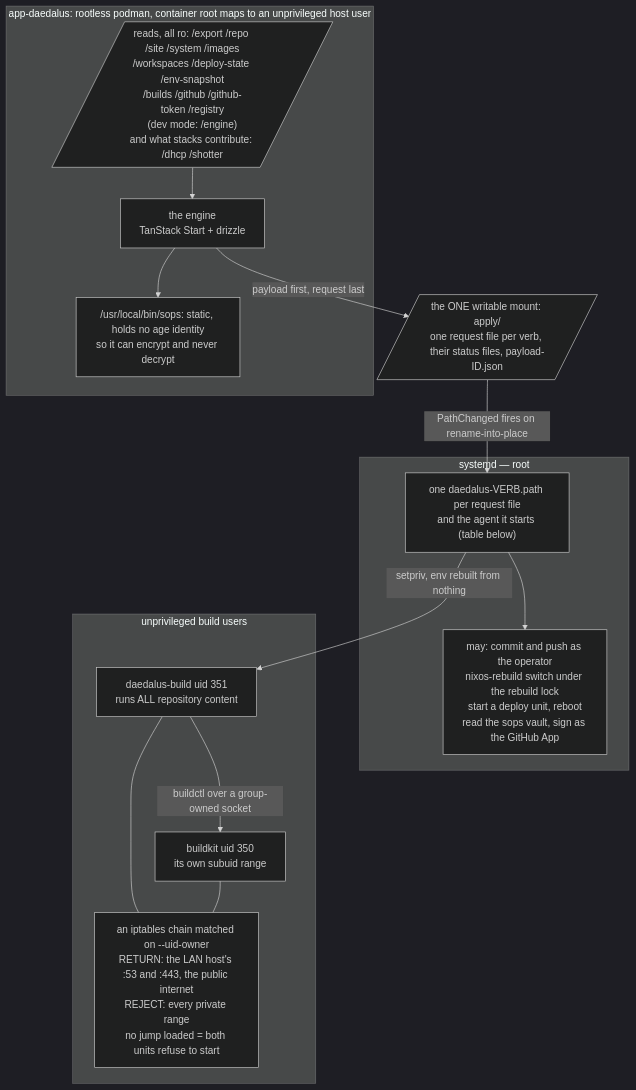
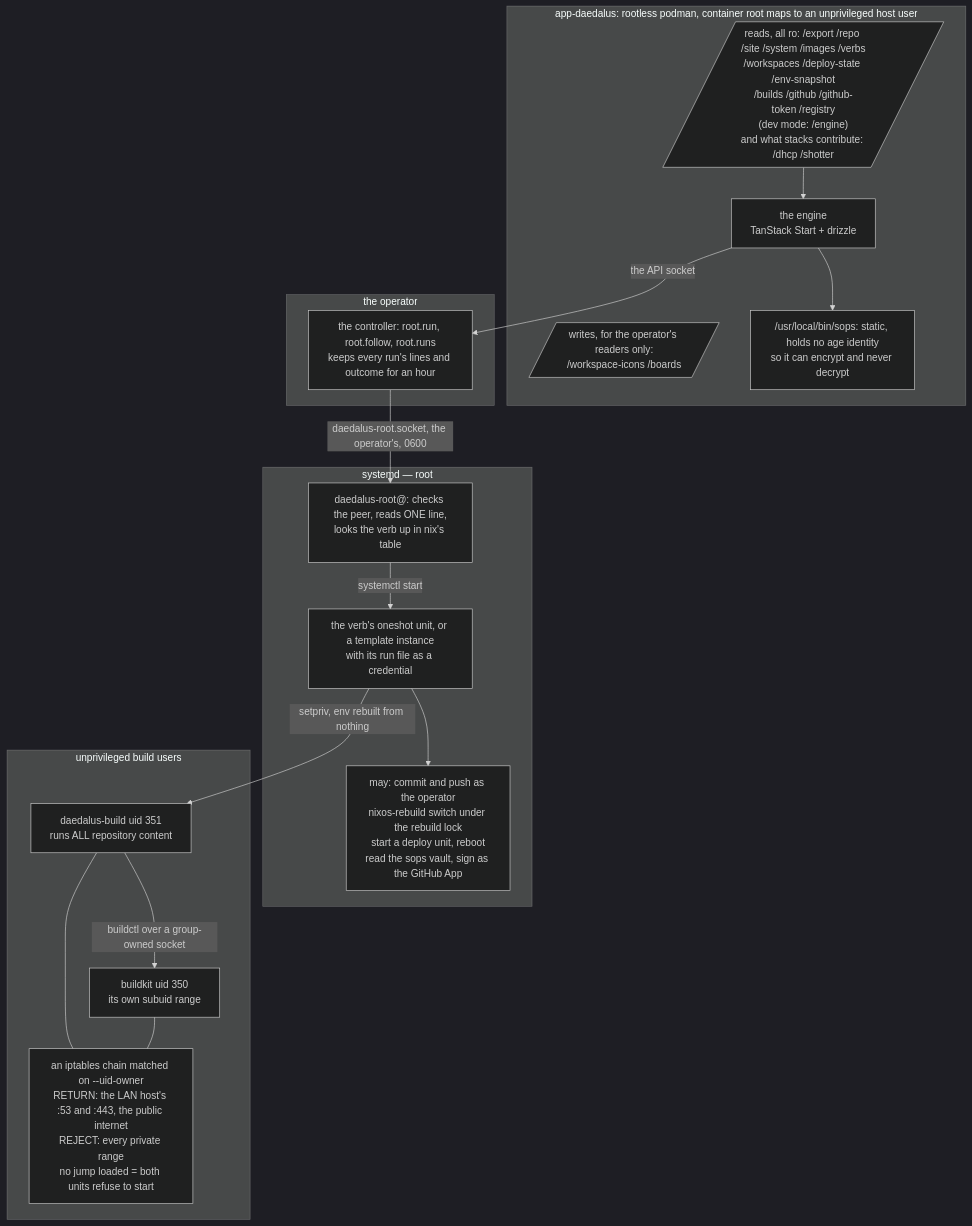
Before and after one commit to santiagotoscanini/daedalus: the second of 5 diagrams in ARCHITECTURE.md, drawn with Mermaid (dark theme). The commit also changed other lines of this file and 39 other files, not shown here.

Commit message:
root helper: the bridge goes — bridgeAgent, request-file helpers and their docs; ARCHITECTURE's root helper section and verb table are the one list

````diff
--- a/ARCHITECTURE.md
+++ b/ARCHITECTURE.md
@@ -85,30 +89,35 @@
 ```mermaid
 flowchart TB
   subgraph unpriv["app-daedalus: rootless podman, container root maps to an unprivileged host user"]
     Engine["the engine<br/>TanStack Start + drizzle"]
-    Rd[/"reads, all ro: /export /repo /site /system /images<br/>/workspaces /deploy-state /env-snapshot<br/>/builds /github /github-token /registry<br/>(dev mode: /engine)<br/>and what stacks contribute: /dhcp /shotter"/]
+    Rd[/"reads, all ro: /export /repo /site /system /images /verbs<br/>/workspaces /deploy-state /env-snapshot<br/>/builds /github /github-token /registry<br/>(dev mode: /engine)<br/>and what stacks contribute: /dhcp /shotter"/]
+    Wr[/"writes, for the operator's readers only:<br/>/workspace-icons /boards"/]
     Sops["/usr/local/bin/sops: static, holds no age identity<br/>so it can encrypt and never decrypt"]
   end
 
-  Wr[/"the ONE writable mount: apply/<br/>one request file per verb, their status files, payload-ID.json"/]
+  subgraph op["the operator"]
+    Ctl["the controller: root.run, root.follow, root.runs<br/>keeps every run's lines and outcome for an hour"]
+  end
 
   subgraph priv["systemd — root"]
-    P["one daedalus-VERB.path per request file<br/>and the agent it starts (table below)"]
+    H["daedalus-root@: checks the peer, reads ONE line,<br/>looks the verb up in nix's table"]
+    U["the verb's oneshot unit, or a template instance<br/>with its run file as a credential"]
     Caps["may: commit and push as the operator<br/>nixos-rebuild switch under the rebuild lock<br/>start a deploy unit, reboot<br/>read the sops vault, sign as the GitHub App"]
   end
 
   subgraph fenced["unprivileged build users"]
     BU["daedalus-build uid 351<br/>runs ALL repository content"]
     BKU["buildkit uid 350<br/>its own subuid range"]
     Fence["an iptables chain matched on --uid-owner<br/>RETURN: the LAN host's :53 and :443, the public internet<br/>REJECT: every private range<br/>no jump loaded = both units refuse to start"]
   end
 
   Rd --> Engine
   Engine --> Sops
-  Engine -- "payload first, request last" --> Wr
-  Wr -- "PathChanged fires on rename-into-place" --> P --> Caps
-  P -- "setpriv, env rebuilt from nothing" --> BU
+  Engine -- "the API socket" --> Ctl
+  Ctl -- "daedalus-root.socket, the operator's, 0600" --> H
+  H -- "systemctl start" --> U --> Caps
+  U -- "setpriv, env rebuilt from nothing" --> BU
   BU -- "buildctl over a group-owned socket" --> BKU
   BU --- Fence
   BKU --- Fence
 ```
````
